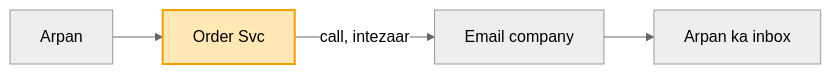
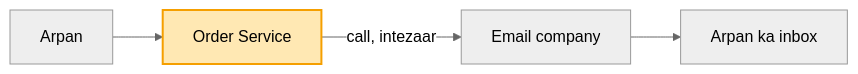
Before and after one commit to ArpanMaheshwari144/Prep: the first of 11 diagrams in 04_HLD/SYSTEM_DESIGNS/04_notification_system/04_notification_system.md, drawn with Mermaid (neutral theme). The commit also changed other lines of this file and 8 other files, not shown here.

````diff
--- a/04_HLD/SYSTEM_DESIGNS/04_notification_system/04_notification_system.md
+++ b/04_HLD/SYSTEM_DESIGNS/04_notification_system/04_notification_system.md
@@ -49,7 +49,7 @@
 ```mermaid
 flowchart LR
-    U["Arpan"] --> O["Order Svc"]
+    U["Arpan"] --> O["Order Service"]
     O -- "call, intezaar" --> E["Email company"]
     E --> I["Arpan ka inbox"]
     style O fill:#ffe8b3,stroke:#f59f00,stroke-width:2px,color:#000
 ```
````
